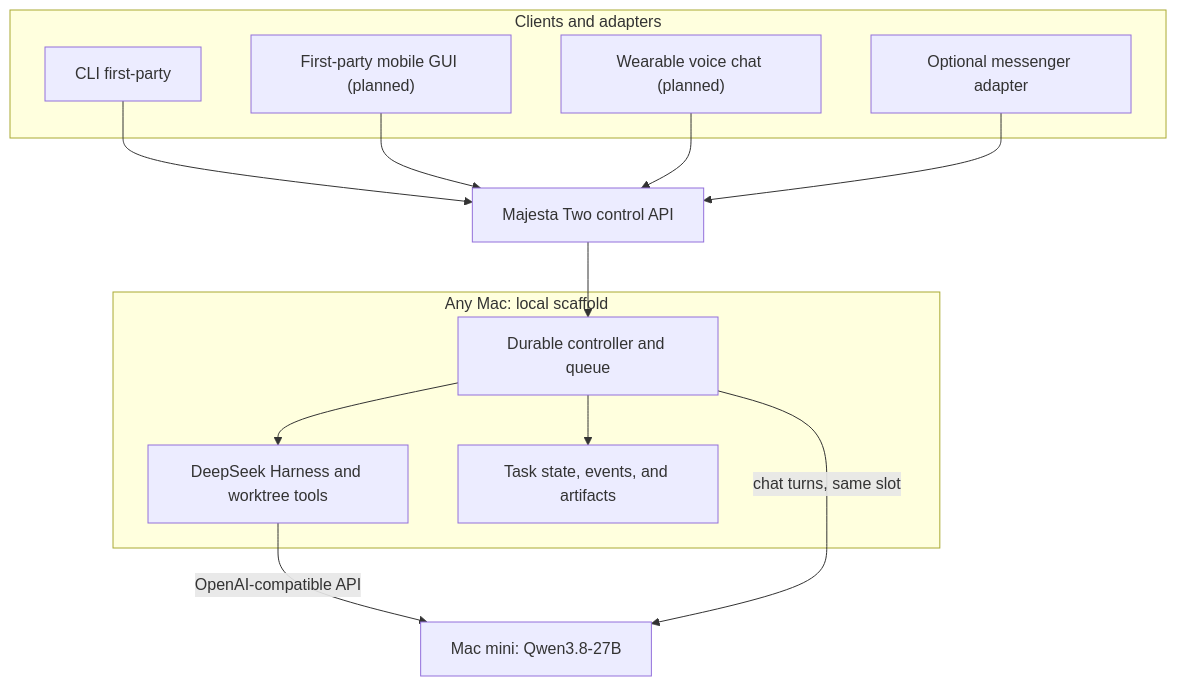
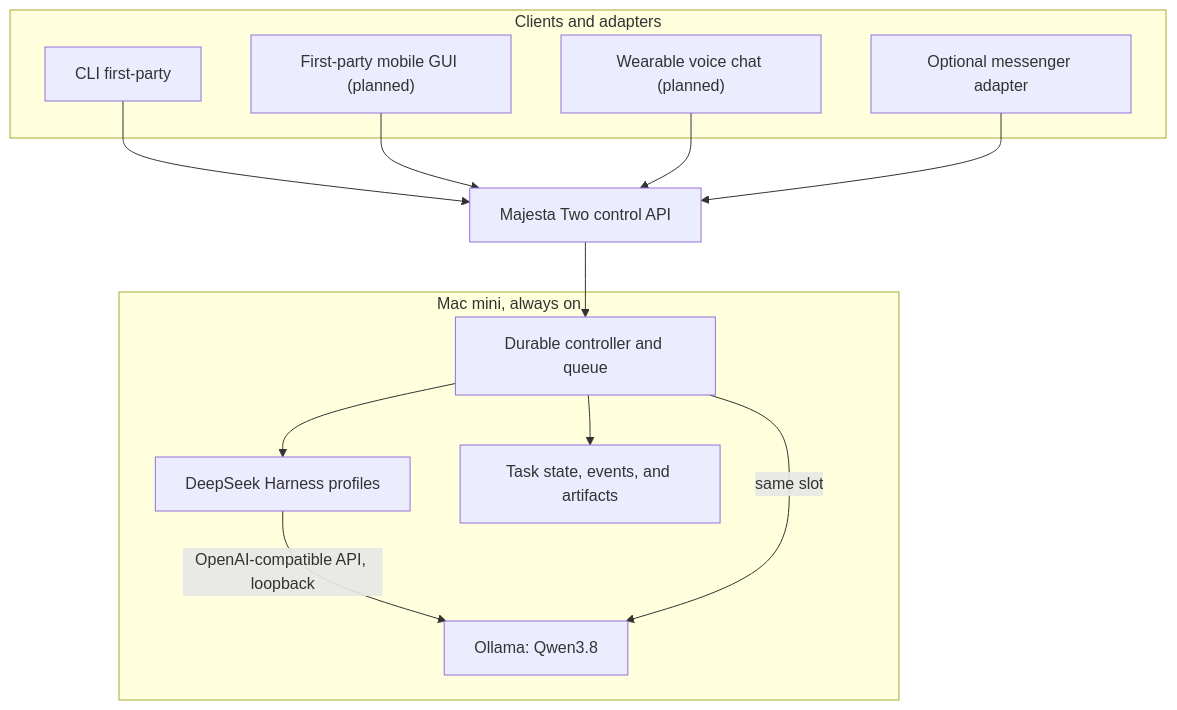
Before and after one commit to MajestaNet/two: the first of 3 diagrams in docs/architecture.md, drawn with Mermaid. The commit also changed other lines of this file and 30 other files, not shown here.

First line of the commit message:
docs: run the control plane on the always-on Mac mini

````diff
--- a/docs/architecture.md
+++ b/docs/architecture.md
@@ -113,20 +114,20 @@
 ```mermaid
 flowchart TB
     subgraph Channels["Clients and adapters"]
         CLI["CLI first-party"]
         MOBILE["First-party mobile GUI (planned)"]
         VOICE["Wearable voice chat (planned)"]
         MSG["Optional messenger adapter"]
     end
     CLI --> API["Majesta Two control API"]
     MOBILE --> API
     VOICE --> API
     MSG --> API
     API --> C["Durable controller and queue"]
-    subgraph Scaffold["Any Mac: local scaffold"]
-        C --> H["DeepSeek Harness and worktree tools"]
+    subgraph Mini["Mac mini, always on"]
+        C --> H["DeepSeek Harness profiles"]
         C --> S["Task state, events, and artifacts"]
+        H -->|"OpenAI-compatible API, loopback"| M["Ollama: Qwen3.8"]
+        C -->|"same slot"| M
     end
-    H -->|"OpenAI-compatible API"| M["Mac mini: Qwen3.8-27B"]
-    C -->|"chat turns, same slot"| M
 ```
````
